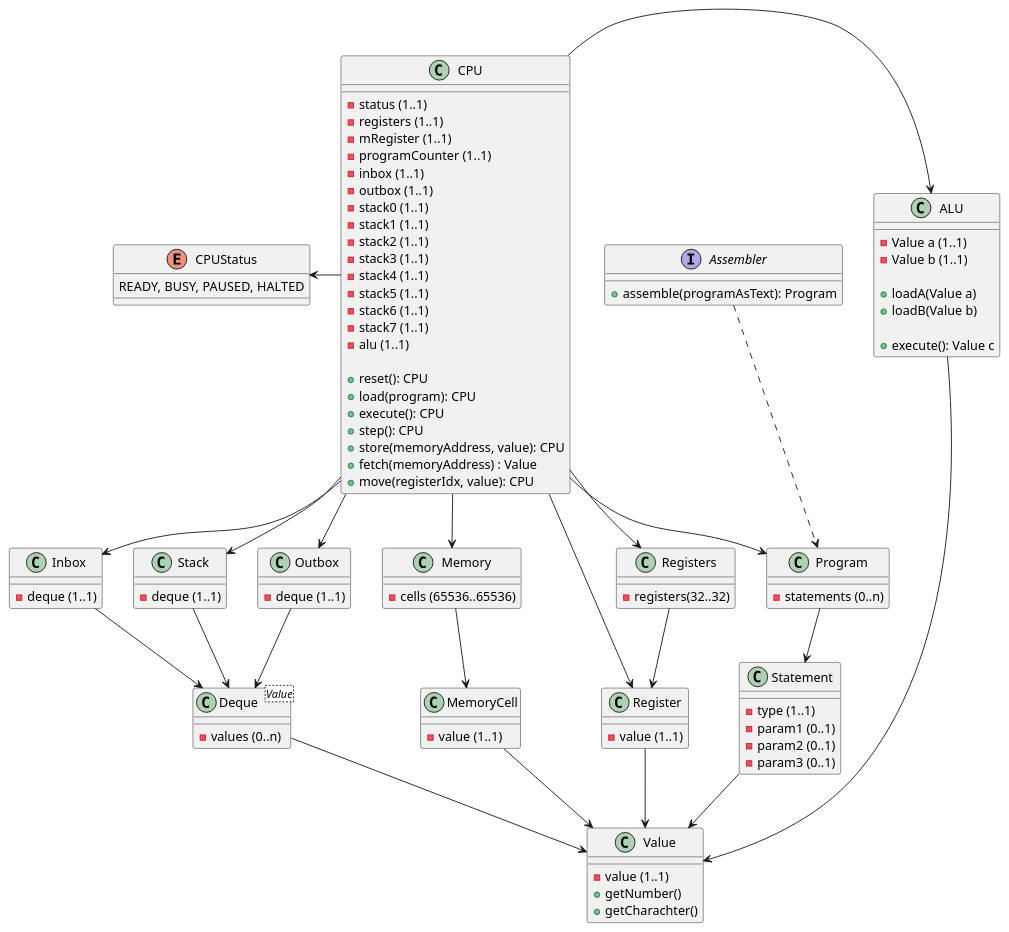
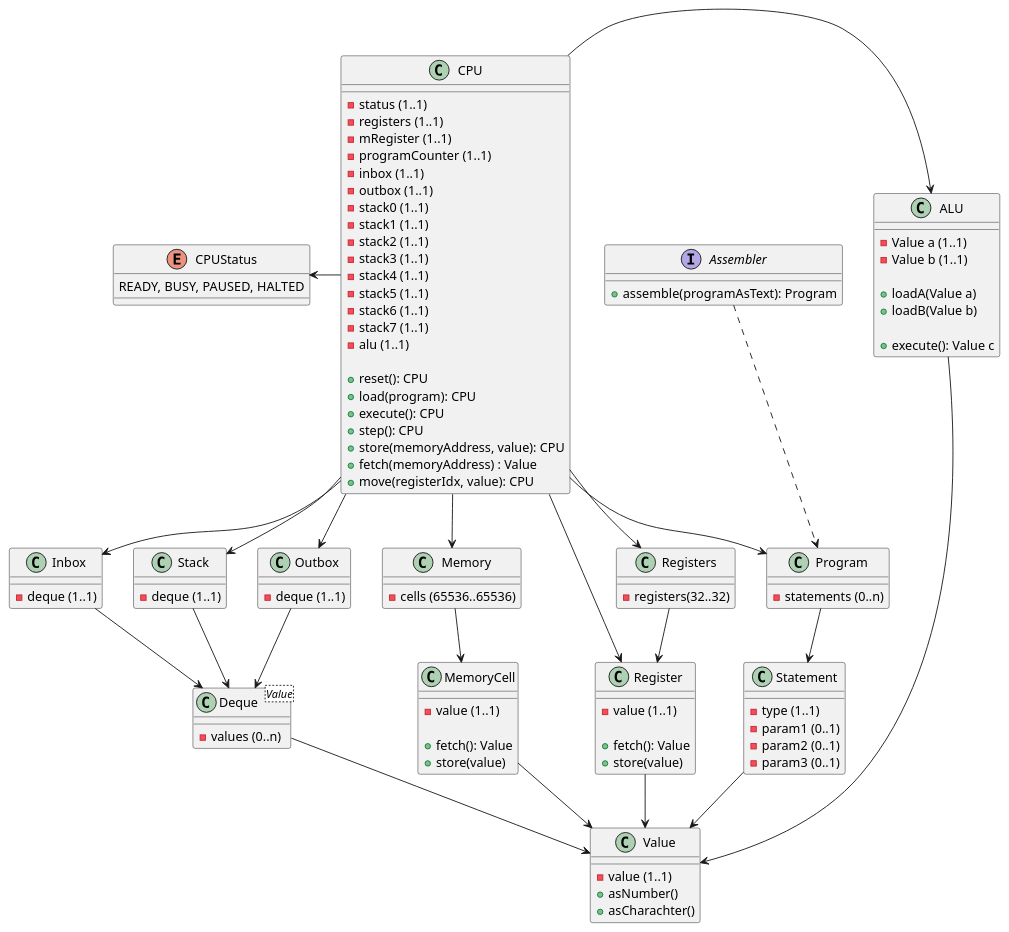
The diagram in docs/ClassDiagramCPU.puml (TristanoSuriani/HRM-assembly), drawn with PlantUML before and after one commit. The commit also changed 11 other files, not shown here.

```diff
--- a/docs/ClassDiagramCPU.puml
+++ b/docs/ClassDiagramCPU.puml
@@ -1,119 +1,125 @@
 @startuml
 
 class Register {
   -value (1..1)
+
+  +fetch(): Value
+   +store(value)
 }
 
 class Registers {
   -registers(32..32)
 }
 
 class Inbox {
   -deque (1..1)
 }
 
 class Stack {
   -deque (1..1)
 }
 
 class Outbox
 {
   -deque (1..1)
 }
 
 class ALU {
   -Value a (1..1)
   -Value b (1..1)
 
   +loadA(Value a)
   +loadB(Value b)
 
   +execute(): Value c
 }
 
 class Memory {
   -cells (65536..65536)
 }
 
 class MemoryCell {
  -value (1..1)
+
+ +fetch(): Value
+ +store(value)
 }
 
 class Value {
   -value (1..1)
-  +getNumber()
-  +getCharachter()
+  +asNumber()
+  +asCharachter()
 }
 
 class Deque<Value> {
   -values (0..n)
 }
 
 class CPU {
   -status (1..1)
   -registers (1..1)
   -mRegister (1..1)
   -programCounter (1..1)
   -inbox (1..1)
   -outbox (1..1)
   -stack0 (1..1)
   -stack1 (1..1)
   -stack2 (1..1)
   -stack3 (1..1)
   -stack4 (1..1)
   -stack5 (1..1)
   -stack6 (1..1)
   -stack7 (1..1)
   -alu (1..1)
 
   +reset(): CPU
   +load(program): CPU
   +execute(): CPU
   +step(): CPU
   +store(memoryAddress, value): CPU
   +fetch(memoryAddress) : Value
   +move(registerIdx, value): CPU
 }
 
 enum CPUStatus {
   READY, BUSY, PAUSED, HALTED
 }
 
 class Program {
   -statements (0..n)
 }
 
 class Statement {
   -type (1..1)
   -param1 (0..1)
   -param2 (0..1)
   -param3 (0..1)
 }
 
 interface Assembler {
   +assemble(programAsText): Program
 }
 
 CPU -down-> Registers
 CPU -down-> Register
 CPU -down-> Inbox
 CPU -down-> Outbox
 CPU -right-> ALU
 CPU -down-> Memory
 CPU -down-> Stack
 CPU -down-> Program
 CPU -left-> CPUStatus
 Memory -down-> MemoryCell
 Registers -down-> Register
 MemoryCell -down-> Value
 Register -down-> Value
 Inbox -down-> Deque
 Outbox -down-> Deque
 Stack -down-> Deque
 ALU -down-> Value
 Deque -down-> Value
 Program -down-> Statement
 Statement -down-> Value
 Assembler .down.> Program
 
 @enduml
```
